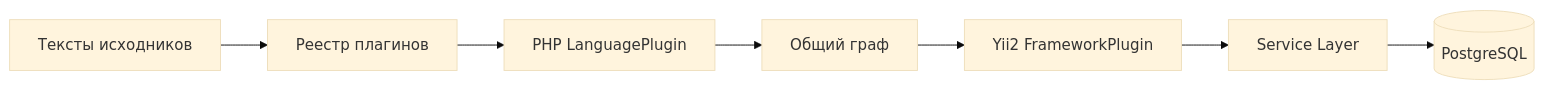
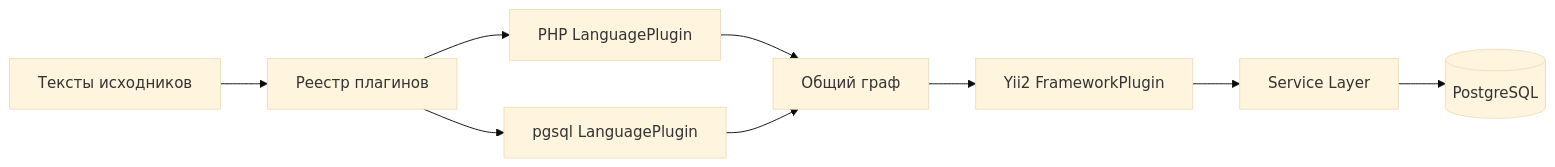
The diagram in docs/plugins.md (drlenux/atlas-php), drawn with Mermaid (base theme) before and after one commit. The commit also changed other lines of this file and 6 other files, not shown here.

````diff
--- a/docs/plugins.md
+++ b/docs/plugins.md
@@ -14,9 +14,11 @@
 ```mermaid
 flowchart LR
   Files[Тексты исходников] --> Registry[Реестр плагинов]
   Registry --> PHP[PHP LanguagePlugin]
+  Registry --> PGSQL[pgsql LanguagePlugin]
   PHP --> Graph[Общий граф]
+  PGSQL --> Graph
   Graph --> Yii[Yii2 FrameworkPlugin]
   Yii --> Index[Service Layer]
   Index --> DB[(PostgreSQL)]
 ```
````
